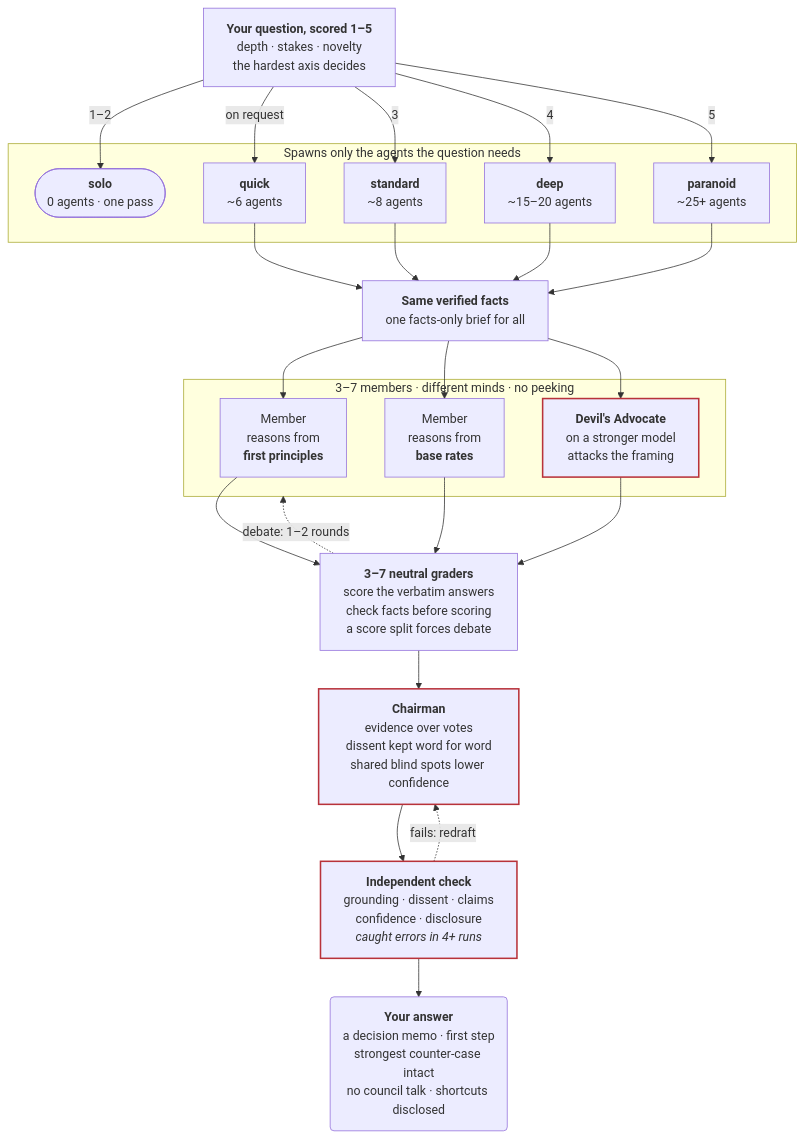
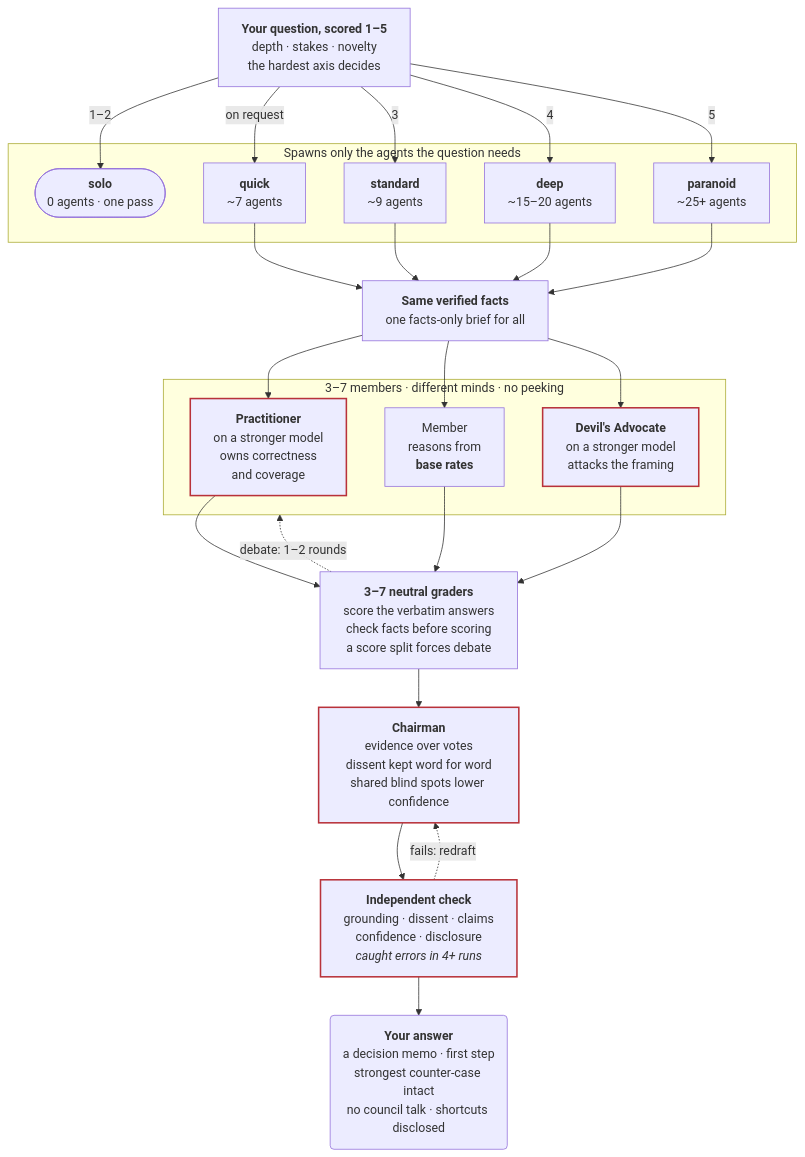
One commit to Ali-expandings/wise-men changed the diagram in README.md. Above: the diagram before and after it, drawn with Mermaid. The commit also changed other lines of this file and 10 other files, not shown here.

Commit message:
3.11.0: practitioner anchor on the strong model, coverage map, synthesis check at every council tier

````diff
--- a/README.md
+++ b/README.md
@@ -178,32 +178,32 @@
 ```mermaid
 flowchart TB
     Q["<b>Your question, scored 1–5</b><br/>depth · stakes · novelty<br/>the hardest axis decides"]
     Q -->|"1–2"| T0
     Q -->|"on request"| T1
     Q -->|"3"| T2
     Q -->|"4"| T3
     Q -->|"5"| T4
     subgraph tiers["Spawns only the agents the question needs"]
         T0(["<b>solo</b><br/>0 agents · one pass"])
-        T1["<b>quick</b><br/>~6 agents"]
-        T2["<b>standard</b><br/>~8 agents"]
+        T1["<b>quick</b><br/>~7 agents"]
+        T2["<b>standard</b><br/>~9 agents"]
         T3["<b>deep</b><br/>~15–20 agents"]
         T4["<b>paranoid</b><br/>~25+ agents"]
     end
     T1 & T2 & T3 & T4 --> B["<b>Same verified facts</b><br/>one facts-only brief for all"]
     B --> M1 & M2 & M3
     subgraph council["3–7 members · different minds · no peeking"]
-        M1["Member<br/>reasons from<br/><b>first principles</b>"]
+        M1["<b>Practitioner</b><br/>on a stronger model<br/>owns correctness<br/>and coverage"]
         M2["Member<br/>reasons from<br/><b>base rates</b>"]
         M3["<b>Devil's Advocate</b><br/>on a stronger model<br/>attacks the framing"]
     end
     M1 & M2 & M3 --> G["<b>3–7 neutral graders</b><br/>score the verbatim answers<br/>check facts before scoring<br/>a score split forces debate"]
     G -.->|"debate: 1–2 rounds"| council
     G --> C["<b>Chairman</b><br/>evidence over votes<br/>dissent kept word for word<br/>shared blind spots lower confidence"]
     C --> K["<b>Independent check</b><br/>grounding · dissent · claims<br/>confidence · disclosure<br/><i>caught errors in 4+ runs</i>"]
     K -.->|"fails: redraft"| C
     K --> A("<b>Your answer</b><br/>a decision memo · first step<br/>strongest counter-case intact<br/>no council talk · shortcuts disclosed")
 
     classDef key stroke:#b8323a,stroke-width:2px
-    class M3,C,K key
+    class M1,M3,C,K key
 ```
````
